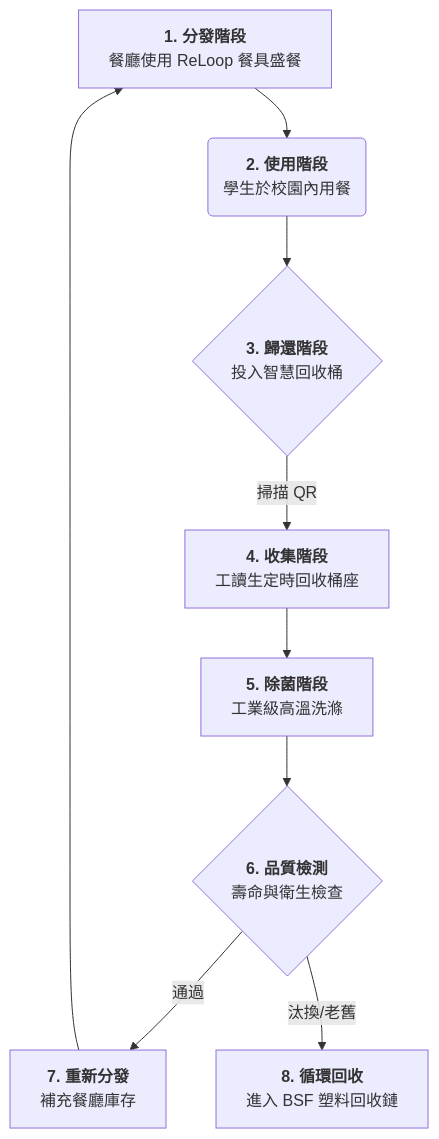
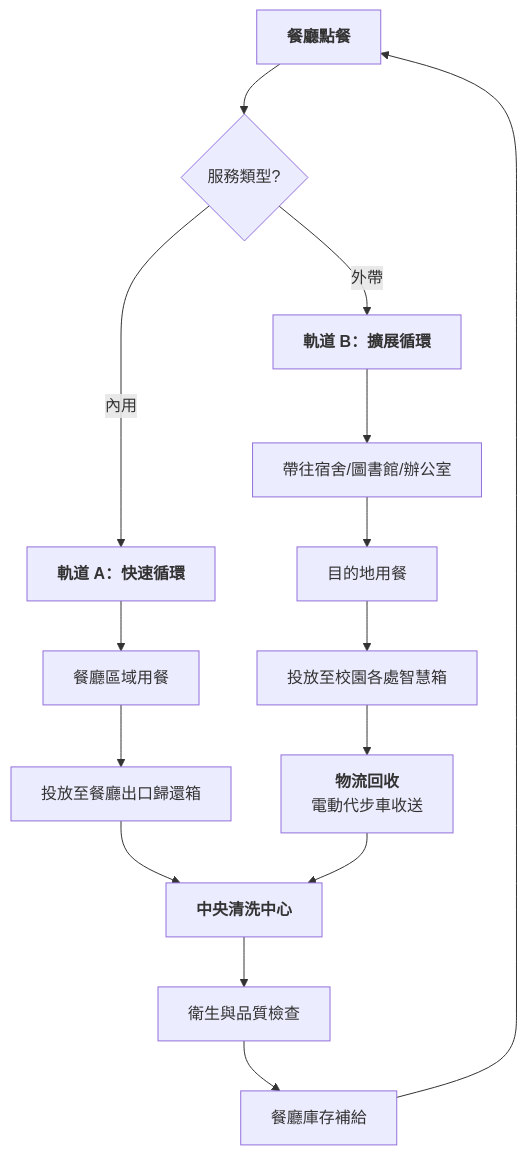
One commit to Steventanardi/NovusOrdo changed the diagram in 05_ReLoop_Utensil/Operational_Workflow_CH.md. Above: the diagram before and after it, drawn with Mermaid. The commit also changed other lines of this file and 2 other files, not shown here.

````diff
--- a/05_ReLoop_Utensil/Operational_Workflow_CH.md
+++ b/05_ReLoop_Utensil/Operational_Workflow_CH.md
@@ -9,11 +9,23 @@
 ```mermaid
 graph TD
-    A[<b>1. 分發階段</b><br/>餐廳使用 ReLoop 餐具盛餐] --> B(<b>2. 使用階段</b><br/>學生於校園內用餐)
-    B --> C{<b>3. 歸還階段</b><br/>投入智慧回收桶}
-    C -->|掃描 QR| D[<b>4. 收集階段</b><br/>工讀生定時回收桶座]
-    D --> E[<b>5. 除菌階段</b><br/>工業級高溫洗滌]
-    E --> F{<b>6. 品質檢測</b><br/>壽命與衛生檢查}
-    F -->|通過| G[<b>7. 重新分發</b><br/>補充餐廳庫存]
-    F -->|汰換/老舊| H[<b>8. 循環回收</b><br/>進入 BSF 塑料回收鏈]
-    G --> A
+    Start[<b>餐廳點餐</b>] --> Service{服務類型?}
+    
+    %% 內用路徑
+    Service -->|內用| DI[<b>軌道 A：快速循環</b>]
+    DI --> DI_Eat[餐廳區域用餐]
+    DI_Eat --> DI_Drop[投放至餐廳出口歸還箱]
+    DI_Drop --> Wash[<b>中央清洗中心</b>]
+    
+    %% 外帶路徑
+    Service -->|外帶| TA[<b>軌道 B：擴展循環</b>]
+    TA --> TA_Carry[帶往宿舍/圖書館/辦公室]
+    TA_Carry --> TA_Eat[目的地用餐]
+    TA_Eat --> TA_Drop[投放至校園各處智慧箱]
+    TA_Drop --> Log[<b>物流回收</b><br/>電動代步車收送]
+    Log --> Wash
+    
+    %% 閉環系統
+    Wash --> QA[衛生與品質檢查]
+    QA --> Restock[餐廳庫存補給]
+    Restock --> Start
 ```
````
